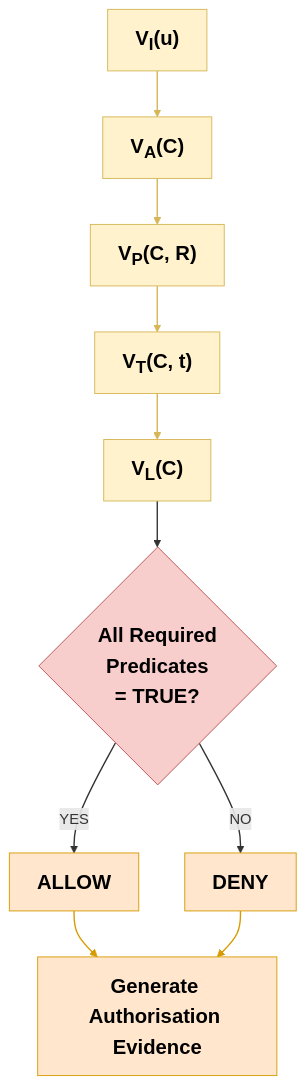
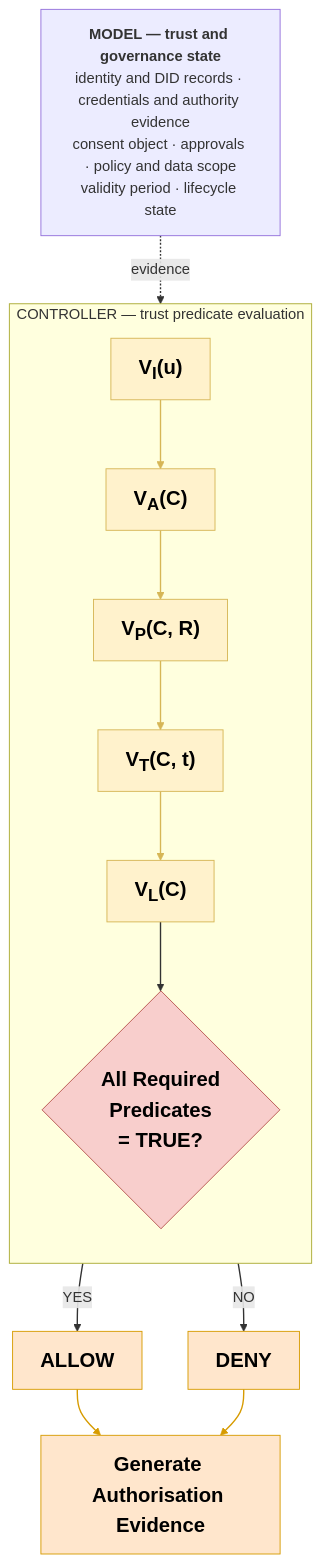
One commit to yasir12345678900/HealthRWA-Sepolia-Personal-try changed the diagram in review/word/figures_colour/fig05.mmd. Above: the diagram before and after it, drawn with Mermaid. The commit also changed 47 other files, not shown here.

First line of the commit message:
CA2 report: align every figure with the text, equations and algorithms

```diff
--- a/review/word/figures_colour/fig05.mmd
+++ b/review/word/figures_colour/fig05.mmd
@@ -1,20 +1,28 @@
 %%{init: {"flowchart": {"curve": "basis"}}}%%
 flowchart TD
+MD["<b>MODEL — trust and governance state</b><br/>identity and DID records · credentials and authority evidence<br/>consent object · approvals · policy and data scope<br/>validity period · lifecycle state"]
+subgraph CTRL["CONTROLLER — trust predicate evaluation"]
+direction TB
 P1["V<sub>I</sub>(u)"] --> P2["V<sub>A</sub>(C)"]
 P2 --> P3["V<sub>P</sub>(C, R)"]
 P3 --> P4["V<sub>T</sub>(C, t)"]
 P4 --> P5["V<sub>L</sub>(C)"]
 P5 --> Q{"All Required<br/>Predicates<br/>= TRUE?"}
+end
+MD -. evidence .-> CTRL
 Q -- YES --> AL[ALLOW]
 Q -- NO --> DE[DENY]
 AL --> G[Generate Authorisation Evidence]
 DE --> G
 classDef v fill:#FFF2CC,stroke:#D6B656,color:#000,font-weight:bold,font-size:22px
 classDef q fill:#F8CECC,stroke:#B85450,color:#000,font-weight:bold,font-size:22px
 classDef o fill:#FFE6CC,stroke:#D79B00,color:#000,font-weight:bold,font-size:22px
+classDef m fill:#ECECFF,stroke:#9370DB,color:#333,font-size:16px
 class P1,P2,P3,P4,P5 v
 class Q q
 class AL,DE,G o
+class MD m
+style CTRL fill:#FFFFDE,stroke:#AAAA33
 linkStyle 0,1,2,3 stroke:#D6B656,stroke-width:1.5px
-linkStyle 4,5,6 stroke:#333333,stroke-width:1.5px
-linkStyle 7,8 stroke:#D79B00,stroke-width:1.5px
+linkStyle 4,5,6,7 stroke:#333333,stroke-width:1.5px
+linkStyle 8,9 stroke:#D79B00,stroke-width:1.5px
```
